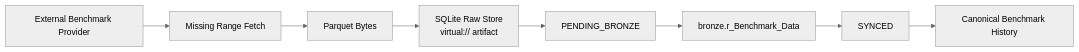
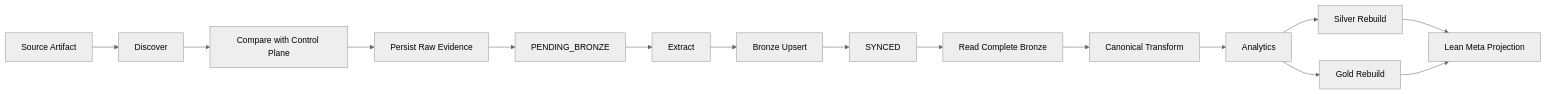
One commit to tks18/personal-finance-etl changed the diagram in docs/architecture/data-lifecycle.md. Above: the diagram before and after it, drawn with Mermaid (neutral theme). The commit also changed other lines of this file and 5 other files, not shown here.

Commit message:
docs: refactor architecture docs to reflect recent changes

````diff
--- a/docs/architecture/data-lifecycle.md
+++ b/docs/architecture/data-lifecycle.md
@@ -492,10 +15,17 @@
 ```mermaid
 flowchart LR
-    EXT["External Benchmark Provider"] --> FETCH["Missing Range Fetch"]
-    FETCH --> PARQ["Parquet Bytes"]
-    PARQ --> RAW["SQLite Raw Store<br/>virtual:// artifact"]
+    SRC["Source Artifact"] --> DISC["Discover"]
+    DISC --> DIFF["Compare with Control Plane"]
+    DIFF --> RAW["Persist Raw Evidence"]
     RAW --> PEND["PENDING_BRONZE"]
-    PEND --> BR["bronze.r_Benchmark_Data"]
+    PEND --> EXT["Extract"]
+    EXT --> BR["Bronze Upsert"]
     BR --> SYNC["SYNCED"]
-    SYNC --> CANON["Canonical Benchmark History"]
+    SYNC --> FULL["Read Complete Bronze"]
+    FULL --> CAN["Canonical Transform"]
+    CAN --> ENG["Analytics"]
+    ENG --> SIL["Silver Rebuild"]
+    ENG --> GOLD["Gold Rebuild"]
+    SIL --> META["Lean Meta Projection"]
+    GOLD --> META
 ```
````
